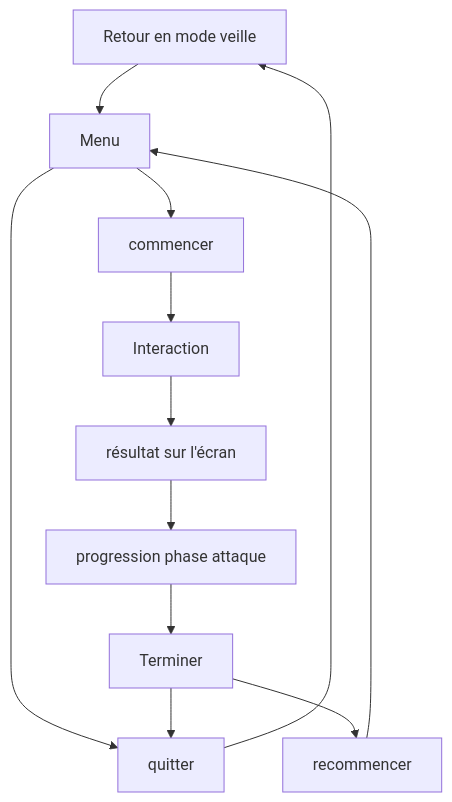
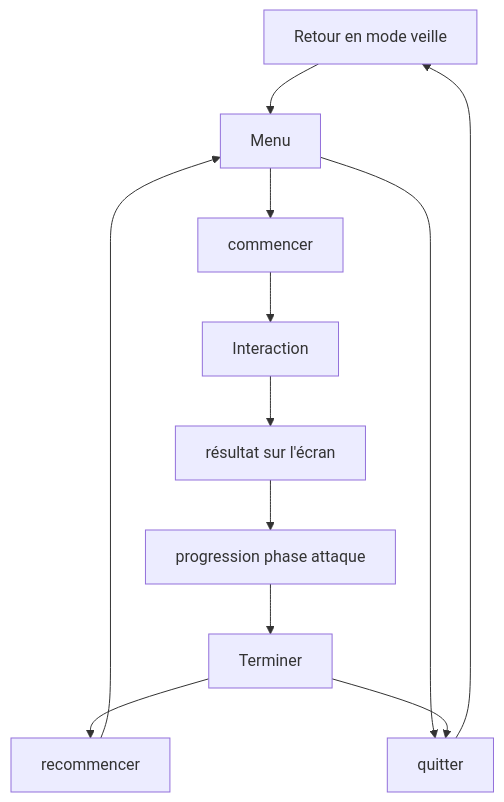
Before and after one commit to Ethereal-Creators/Etheria: the diagram in 20_intention/30_scenario/README.md, drawn with Mermaid.

Commit message:
changement de look du scenario

````diff
--- a/20_intention/30_scenario/README.md
+++ b/20_intention/30_scenario/README.md
@@ -13,14 +13,14 @@
 ```mermaid
 graph TD
     A[Retour en mode veille] --> x[Menu]
-    x --> N
-    x --> B[veille]
-    B[commencer] --> C[Interaction]
+    x --> B[commencer]
+    x --> N[quitter]
+    B --> C[Interaction]
     C --> F[résultat sur l'écran]
     F --> M[progression phase attaque]
     M --> U[Terminer]
     U --> H[recommencer]
     H --> x
-    U --> N[quitter]
+    U --> N
     N --> A
 ```
````
